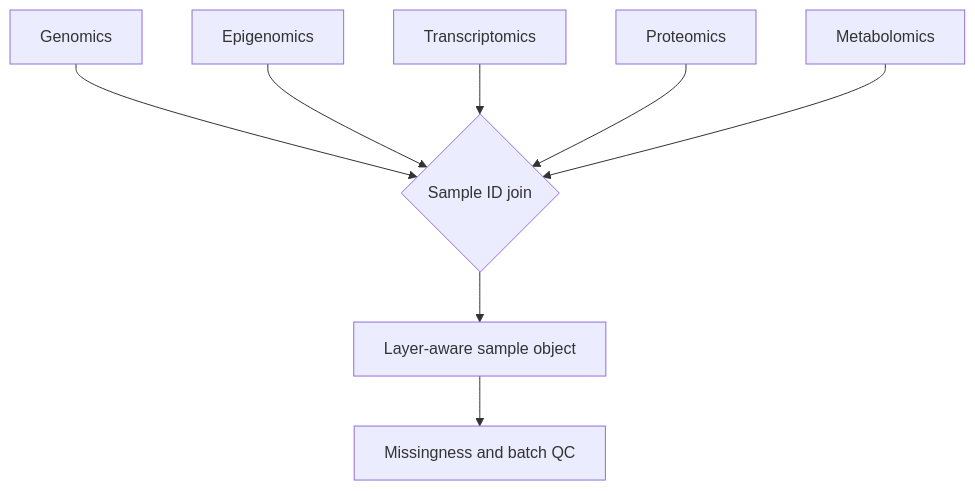
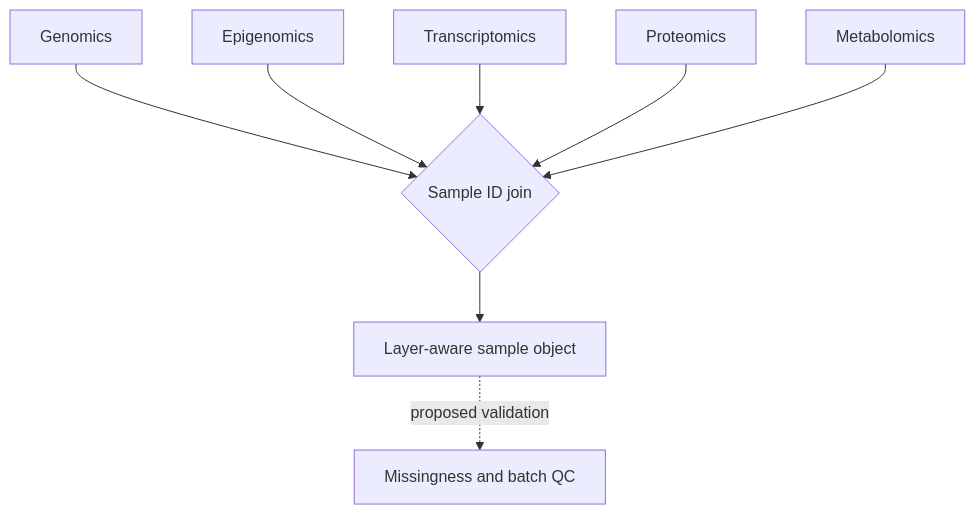
Before and after one commit to Ciprian-LocalPulse/OpenLongevityLab: the diagram in docs/academic/06-multi-omics-integration.md, drawn with Mermaid. The commit also changed other lines of this file and 85 other files, not shown here.

````diff
--- a/docs/academic/06-multi-omics-integration.md
+++ b/docs/academic/06-multi-omics-integration.md
@@ -7,10 +61,10 @@
 ```mermaid
 flowchart TB
   G[Genomics] --> JOIN{Sample ID join}
   E[Epigenomics] --> JOIN
   T[Transcriptomics] --> JOIN
   P[Proteomics] --> JOIN
   M[Metabolomics] --> JOIN
   JOIN --> OUT[Layer-aware sample object]
-  OUT --> QC[Missingness and batch QC]
+  OUT -. proposed validation .-> QC[Missingness and batch QC]
 ```
````
